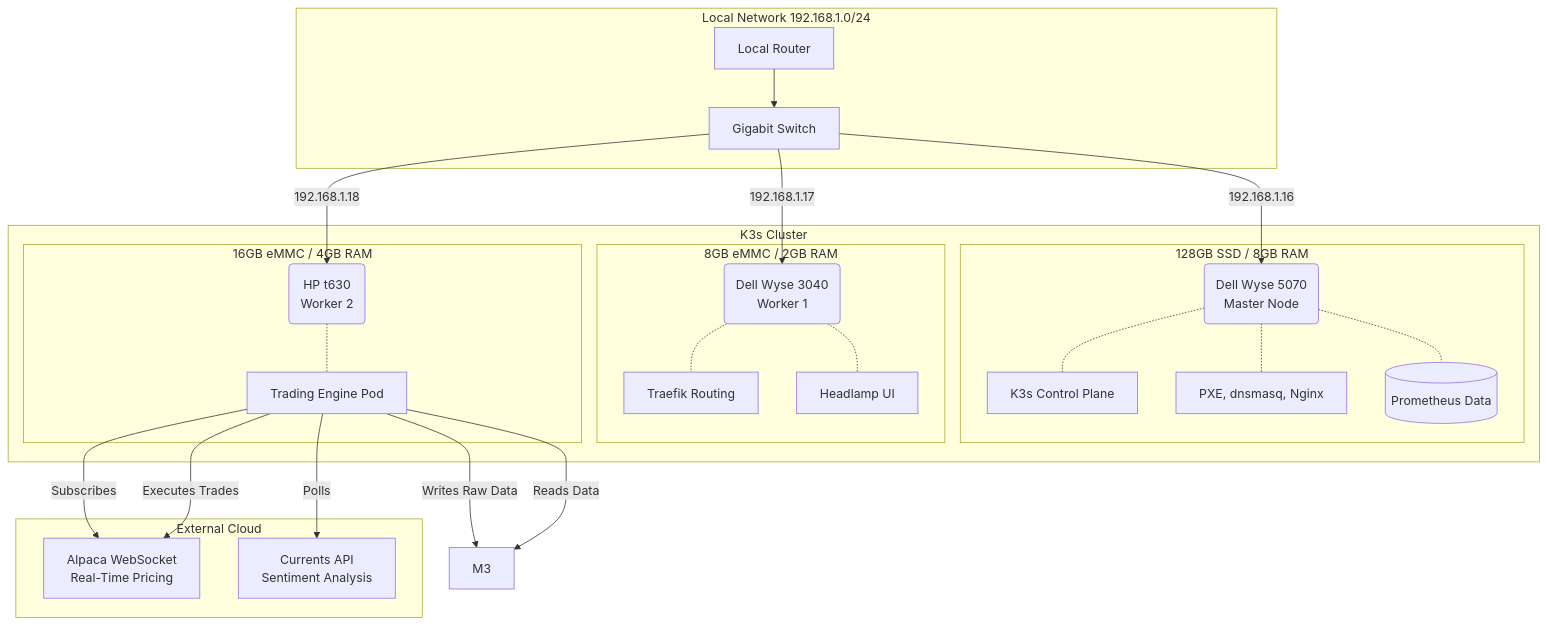
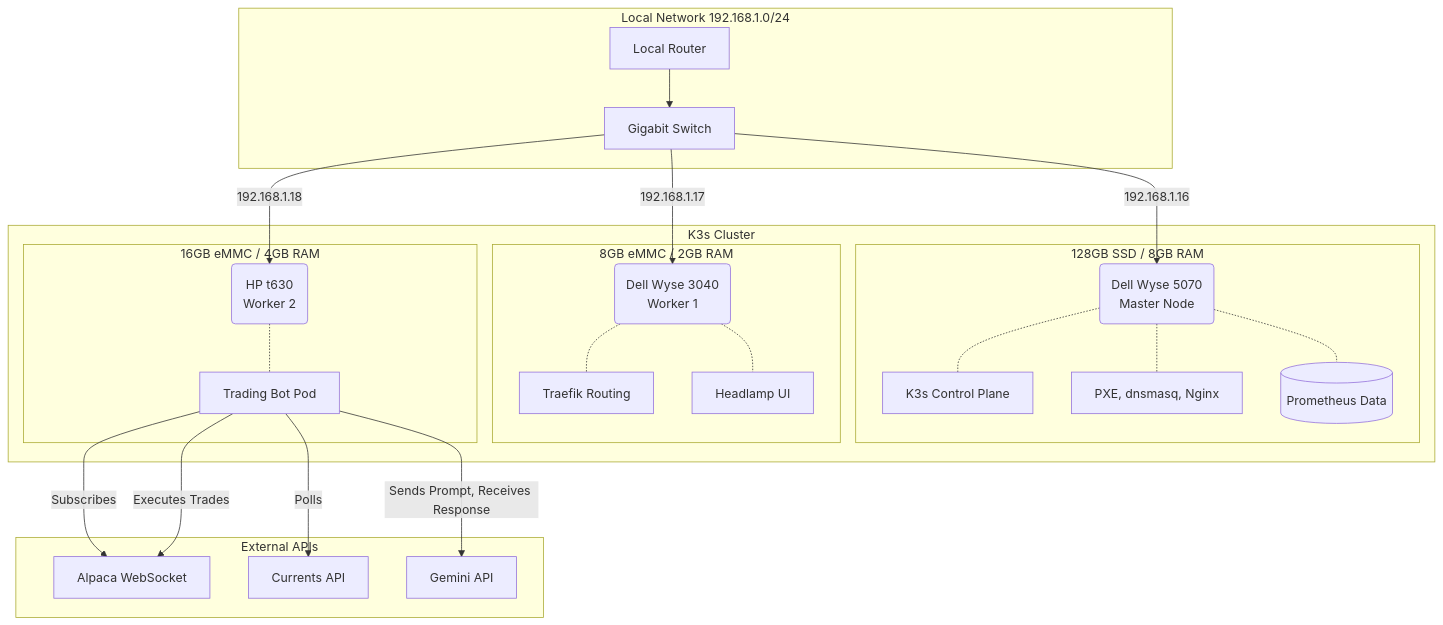
The diagram in docs/architecture.md (AlexH192/k3s-cluster), drawn with Mermaid before and after one commit. The commit also changed other lines of this file, not shown here.

````diff
--- a/docs/architecture.md
+++ b/docs/architecture.md
@@ -12,43 +12,43 @@
 ```mermaid
 graph TD
     %% External APIs
-    subgraph External Cloud
-        A[Alpaca WebSocket<br/>Real-Time Pricing]
-        B[Currents API<br/>Sentiment Analysis]
+    subgraph External APIs
+        A[Alpaca WebSocket]
+        B[Currents API]
+        C[Gemini API]
     end
 
     %% Network Layer
     subgraph Local Network 192.168.1.0/24
         R[Local Router] --> S[Gigabit Switch]
     end
 
     %% K3s Cluster
     subgraph K3s Cluster
         S -->|192.168.1.16| M(Dell Wyse 5070<br/>Master Node)
         S -->|192.168.1.17| W1(Dell Wyse 3040<br/>Worker 1)
         S -->|192.168.1.18| W2(HP t630<br/>Worker 2)
 
         %% Node Specs & Workloads
         subgraph 128GB SSD / 8GB RAM
             M -.- M1[K3s Control Plane]
             M -.- M2[PXE, dnsmasq, Nginx]
             M -.- M4[(Prometheus Data)]
         end
 
         subgraph 8GB eMMC / 2GB RAM
             W1 -.- W1_1[Traefik Routing]
             W1 -.- W1_2[Headlamp UI]
         end
 
         subgraph 16GB eMMC / 4GB RAM
-            W2 -.- W2_1[Trading Engine Pod]
+            W2 -.- W2_1[Trading Bot Pod]
         end
     end
 
     %% Data Flow
     W2_1 -->|Subscribes| A
     W2_1 -->|Polls| B
-    W2_1 -->|Writes Raw Data| M3
-    W2_1 -->|Reads Data| M3
     W2_1 -->|Executes Trades| A
+    W2_1 -->|Sends Prompt, Receives Response| C
 ```
````
